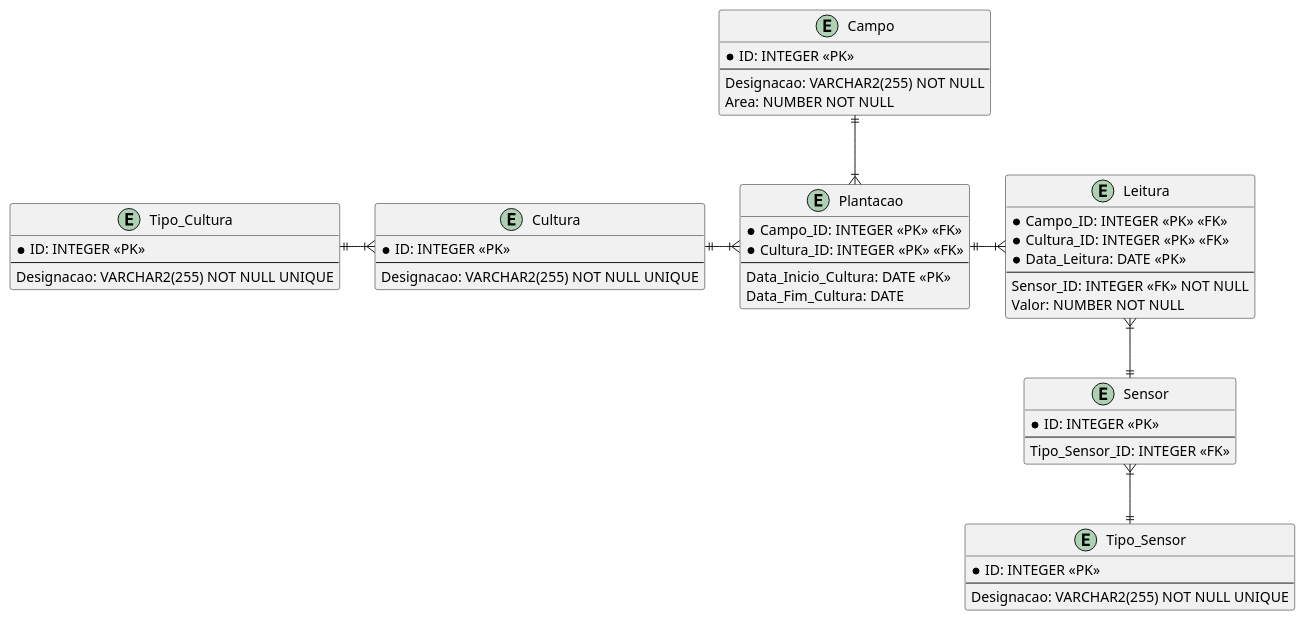
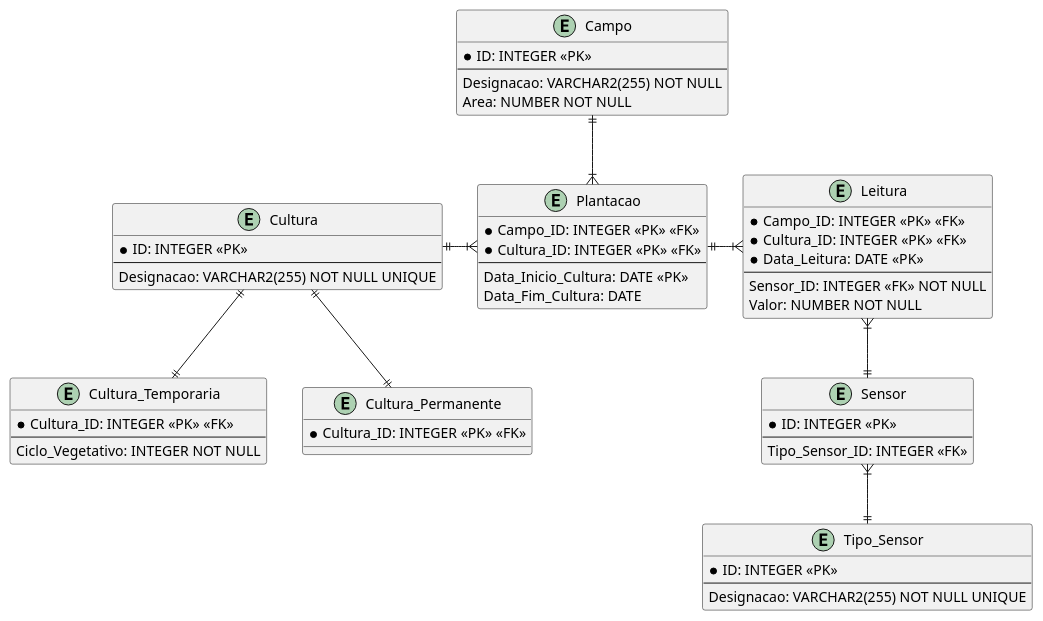
Before and after one commit to Mendoncaa/LAPR3: the diagram in BDDAD/Quinta-Estatística.puml, drawn with PlantUML. The commit also changed 8 other files, not shown here.

```diff
--- a/BDDAD/Quinta-Estatística.puml
+++ b/BDDAD/Quinta-Estatística.puml
@@ -1,72 +1,79 @@
 @startuml Quinta-Estatística
 
 /'TODO #1:- Verificar se a Designação de um Campo é única e se estas 
 devem seguir um conjunto de regras;'/
 /'TODO #2:- Determinar o valor minímo de uma qualquer Área;'/
 /'Constraints:- [[Area, CHECK(Area > Mínimo)]]'/
 entity Campo {
     * ID: INTEGER <<PK>>
     --
     Designacao: VARCHAR2(255) NOT NULL
     Area: NUMBER NOT NULL
 }
 
 /'Triggers:-
     #1: Verificar que uma Cultura não é simultaneamente uma Cultura_Temporaria
     e Cultura_Permanente;'/
 entity Cultura {
     * ID: INTEGER <<PK>>
     --
     Designacao: VARCHAR2(255) NOT NULL UNIQUE
 }
 
-entity Tipo_Cultura {
-    * ID: INTEGER <<PK>>
+/'Contraints:- [[Ciclo_Vegetativo, CHECK(Ciclo_Vegetativo > 0)], 
+[Ciclo_Vegetativo, CHECK(Ciclo_Vegetativo < 12)]]'/
+entity Cultura_Temporaria {
+    * Cultura_ID: INTEGER <<PK>> <<FK>>
     --
-    Designacao: VARCHAR2(255) NOT NULL UNIQUE
+    Ciclo_Vegetativo: INTEGER NOT NULL
 }
+
+entity Cultura_Permanente {
+    * Cultura_ID: INTEGER <<PK>> <<FK>>
+}
+
 
 /'Constraints:- [[Campo_ID, Data_Inicio_Cultura, UNIQUE(Campo_ID, Data_Inicio_Cultura)], 
 [Data_Fim_Cultura, CHECK(Data_Fim_Cultura < Data_Inicio_Cultura)]]'/
 entity Plantacao {
     * Campo_ID: INTEGER <<PK>> <<FK>>
     * Cultura_ID: INTEGER <<PK>> <<FK>>
     --
     Data_Inicio_Cultura: DATE <<PK>>
     Data_Fim_Cultura: DATE
 }
 
 entity Tipo_Sensor {
     * ID: INTEGER <<PK>>
     --
     Designacao: VARCHAR2(255) NOT NULL UNIQUE
 }
 
 entity Sensor {
     * ID: INTEGER <<PK>>
     --
     Tipo_Sensor_ID: INTEGER <<FK>> 
 }
 
 entity Leitura {
     * Campo_ID: INTEGER <<PK>> <<FK>>
     * Cultura_ID: INTEGER <<PK>> <<FK>>
     * Data_Leitura: DATE <<PK>>
     --
     Sensor_ID: INTEGER <<FK>> NOT NULL
     Valor: NUMBER NOT NULL
 }
 
 Campo ||-d-|{ Plantacao
 
 Cultura ||-r-|{ Plantacao
+Cultura ||-d-|| Cultura_Temporaria
+Cultura ||-d-|| Cultura_Permanente
 
 Plantacao ||-r-|{ Leitura
-
-Cultura }|-l-|| Tipo_Cultura 
 
 Tipo_Sensor ||-u-|{ Sensor
 
 Sensor ||-u-|{ Leitura
 
 @enduml
```
